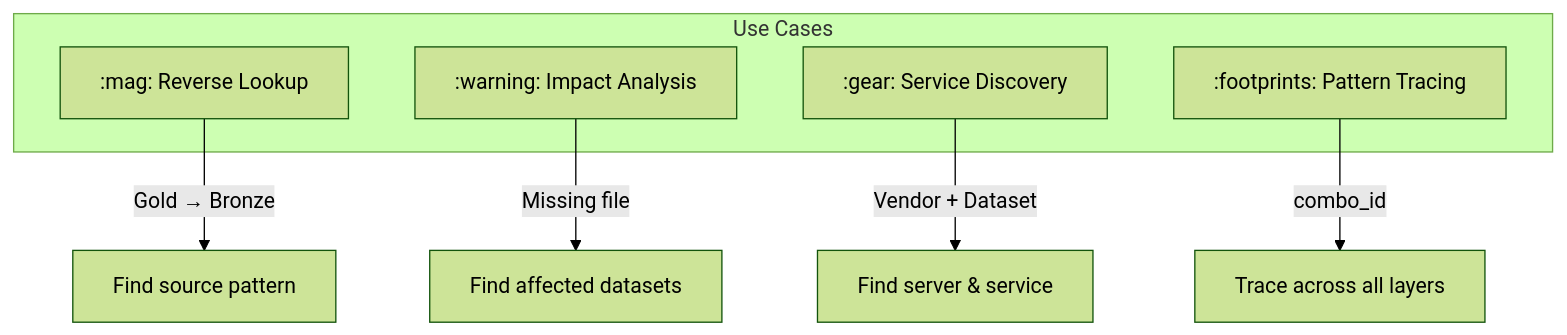
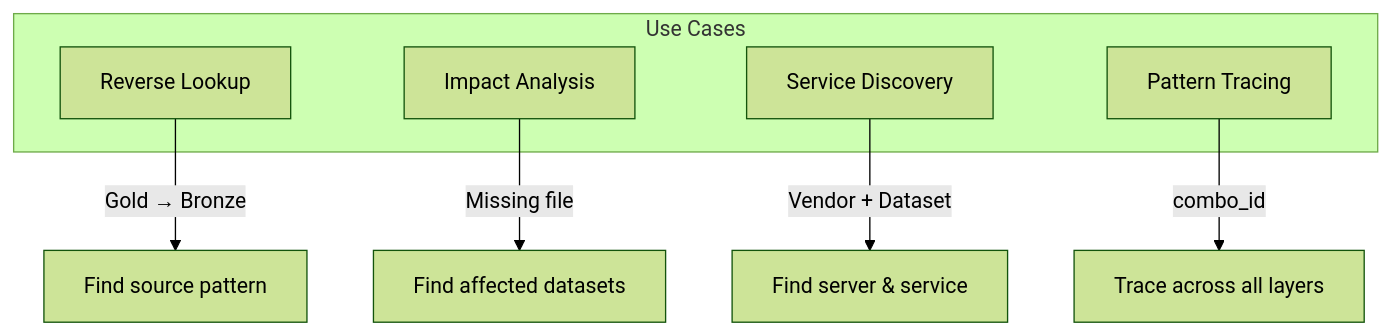
One commit to ThanuMahee12/AgentContext changed diagram 19 of 22 in docs/brainstorms/investigation-db.md. Above: the diagram before and after it, drawn with Mermaid (forest theme). The commit also changed other lines of this file, not shown here.

Commit message:
docs: remove emoji shortcodes from mermaid diagrams

````diff
--- a/docs/brainstorms/investigation-db.md
+++ b/docs/brainstorms/investigation-db.md
@@ -542,14 +542,14 @@
 ```mermaid
 flowchart TB
     subgraph UC["Use Cases"]
-        UC1[":mag: Reverse Lookup"]
-        UC2[":warning: Impact Analysis"]
-        UC3[":gear: Service Discovery"]
-        UC4[":footprints: Pattern Tracing"]
+        UC1["Reverse Lookup"]
+        UC2["Impact Analysis"]
+        UC3["Service Discovery"]
+        UC4["Pattern Tracing"]
     end
 
     UC1 --> |"Gold → Bronze"| R1["Find source pattern"]
     UC2 --> |"Missing file"| R2["Find affected datasets"]
     UC3 --> |"Vendor + Dataset"| R3["Find server & service"]
     UC4 --> |"combo_id"| R4["Trace across all layers"]
 ```
````
